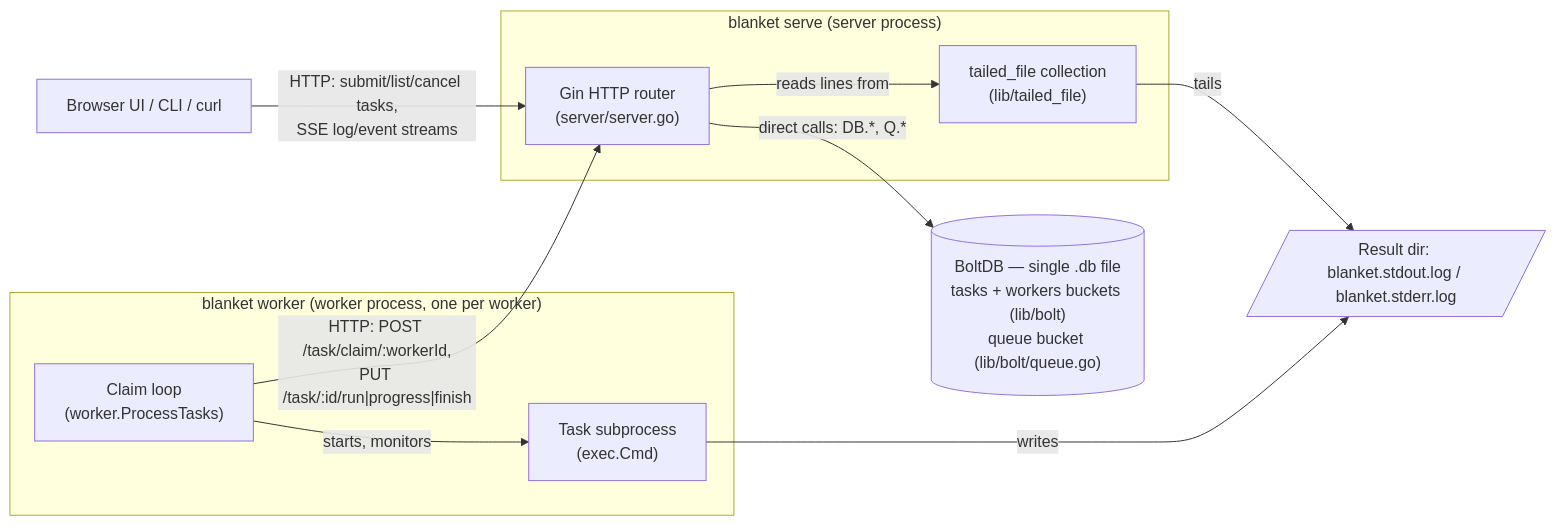
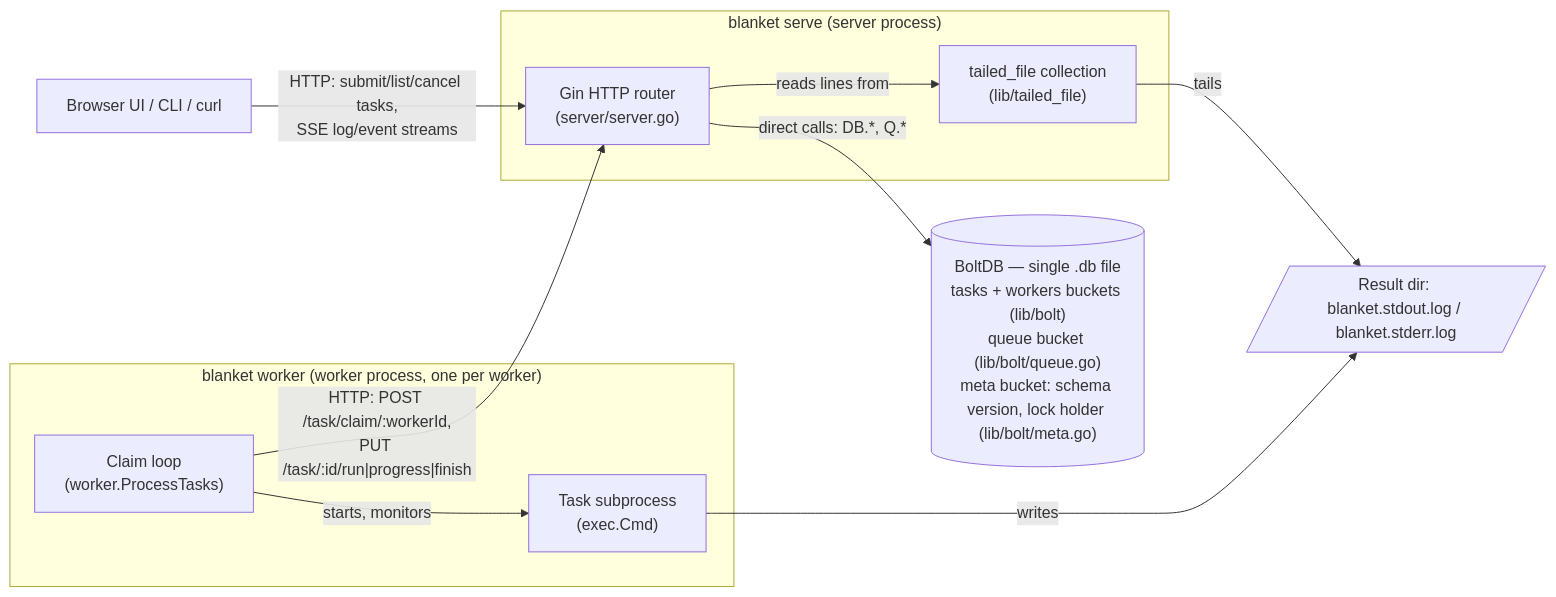
Before and after one commit to turtlemonvh/blanket: the diagram in docs/design.md, drawn with Mermaid. The commit also changed other lines of this file and 5 other files, not shown here.

````diff
--- a/docs/design.md
+++ b/docs/design.md
@@ -69,27 +73,27 @@
 ```mermaid
 flowchart LR
     client["Browser UI / CLI / curl"]
 
     subgraph serverproc["blanket serve (server process)"]
         router["Gin HTTP router<br/>(server/server.go)"]
         tf["tailed_file collection<br/>(lib/tailed_file)"]
     end
 
-    db[("BoltDB — single .db file<br/>tasks + workers buckets (lib/bolt)<br/>queue bucket (lib/bolt/queue.go)")]
+    db[("BoltDB — single .db file<br/>tasks + workers buckets (lib/bolt)<br/>queue bucket (lib/bolt/queue.go)<br/>meta bucket: schema version, lock holder (lib/bolt/meta.go)")]
 
     subgraph workerproc["blanket worker (worker process, one per worker)"]
         claimloop["Claim loop<br/>(worker.ProcessTasks)"]
         subcmd["Task subprocess<br/>(exec.Cmd)"]
     end
 
     logs[/"Result dir: blanket.stdout.log / blanket.stderr.log"/]
 
     client -- "HTTP: submit/list/cancel tasks,<br/>SSE log/event streams" --> router
     router -- "direct calls: DB.*, Q.*" --> db
     router -- "reads lines from" --> tf
     tf -- "tails" --> logs
 
     claimloop -- "HTTP: POST /task/claim/:workerId,<br/>PUT /task/:id/run|progress|finish" --> router
     claimloop -- "starts, monitors" --> subcmd
     subcmd -- "writes" --> logs
 ```
````
